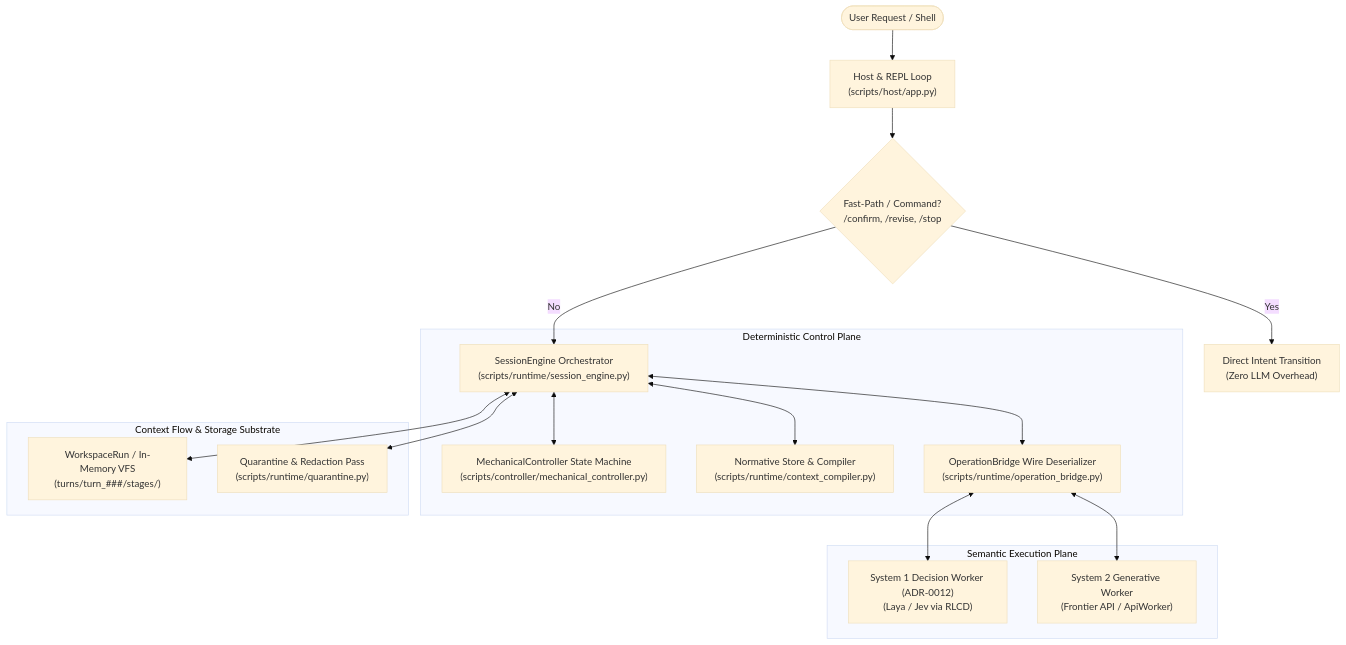
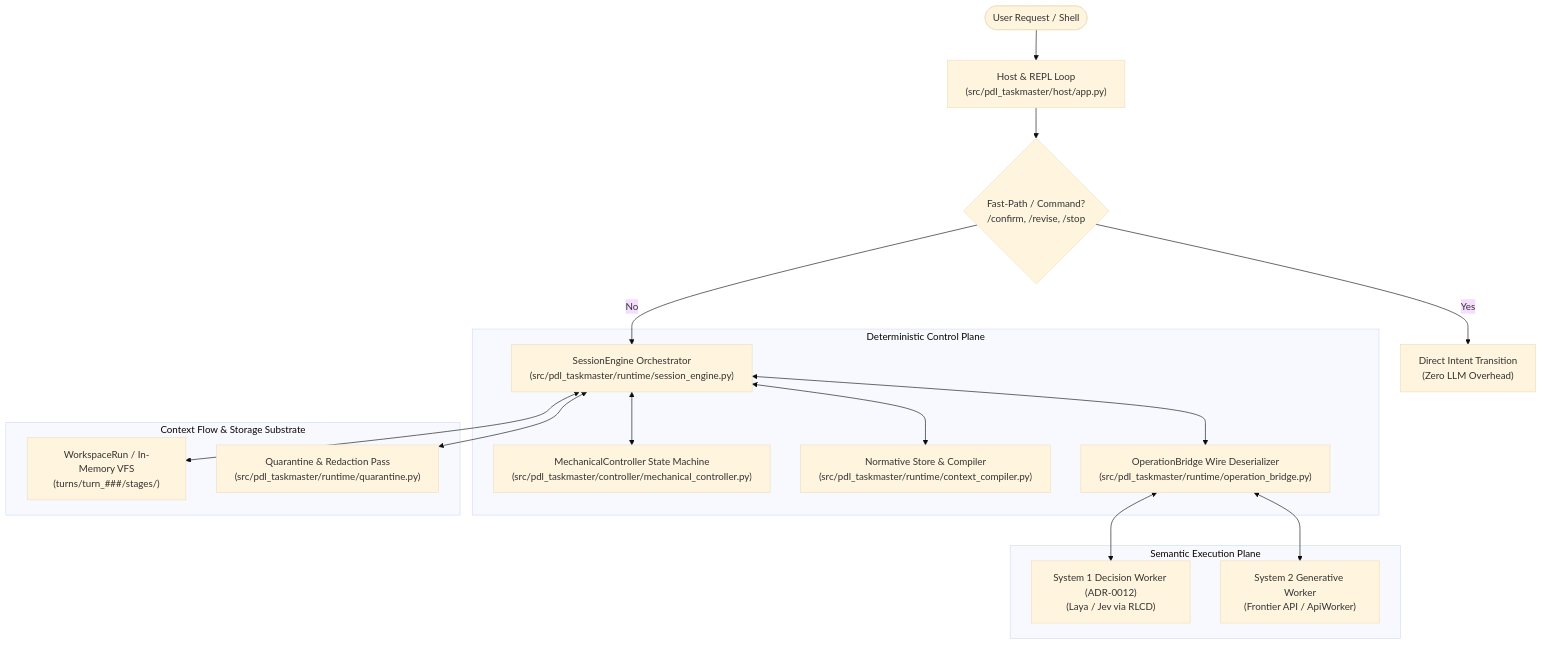
The first of 5 diagrams in ARCHITECTURE.md (paragon-ux/PDL-Standard-REPL-Harness), drawn with Mermaid (base theme) before and after one commit. The commit also changed other lines of this file and 200 other files, not shown here.

Commit message:
feat(packaging): migrate to src/pdl_taskmaster layout and configure uv/hatchling PyPI distribution

````diff
--- a/ARCHITECTURE.md
+++ b/ARCHITECTURE.md
@@ -19,23 +19,23 @@
 ```mermaid
 graph TD
-    User([User Request / Shell]) --> REPL["Host & REPL Loop<br/>(scripts/host/app.py)"]
+    User([User Request / Shell]) --> REPL["Host & REPL Loop<br/>(src/pdl_taskmaster/host/app.py)"]
     REPL --> FastPath{Fast-Path / Command?<br/>/confirm, /revise, /stop}
     FastPath -- Yes --> ManualReview["Direct Intent Transition<br/>(Zero LLM Overhead)"]
-    FastPath -- No --> Engine["SessionEngine Orchestrator<br/>(scripts/runtime/session_engine.py)"]
+    FastPath -- No --> Engine["SessionEngine Orchestrator<br/>(src/pdl_taskmaster/runtime/session_engine.py)"]
 
     subgraph Governance ["Deterministic Control Plane"]
-        Engine <--> Controller["MechanicalController State Machine<br/>(scripts/controller/mechanical_controller.py)"]
-        Engine <--> NormStore["Normative Store & Compiler<br/>(scripts/runtime/context_compiler.py)"]
-        Engine <--> Bridge["OperationBridge Wire Deserializer<br/>(scripts/runtime/operation_bridge.py)"]
+        Engine <--> Controller["MechanicalController State Machine<br/>(src/pdl_taskmaster/controller/mechanical_controller.py)"]
+        Engine <--> NormStore["Normative Store & Compiler<br/>(src/pdl_taskmaster/runtime/context_compiler.py)"]
+        Engine <--> Bridge["OperationBridge Wire Deserializer<br/>(src/pdl_taskmaster/runtime/operation_bridge.py)"]
     end
 
     subgraph DataPlane ["Context Flow & Storage Substrate"]
         Engine <--> VFS["WorkspaceRun / In-Memory VFS<br/>(turns/turn_###/stages/)"]
-        Engine <--> Redaction["Quarantine & Redaction Pass<br/>(scripts/runtime/quarantine.py)"]
+        Engine <--> Redaction["Quarantine & Redaction Pass<br/>(src/pdl_taskmaster/runtime/quarantine.py)"]
     end
 
     subgraph Workers ["Semantic Execution Plane"]
         Bridge <--> System1["System 1 Decision Worker (ADR-0012)<br/>(Laya / Jev via RLCD)"]
         Bridge <--> System2["System 2 Generative Worker<br/>(Frontier API / ApiWorker)"]
     end
 ```
````
